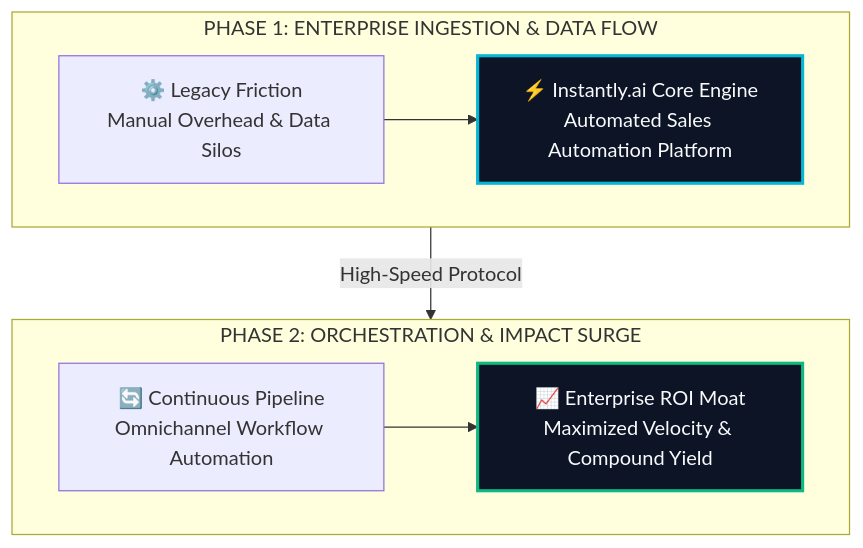
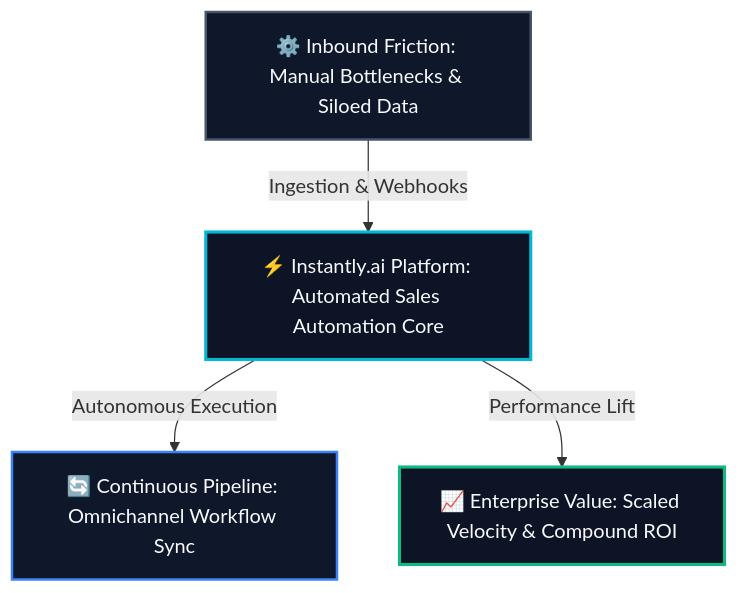
One commit to heliatech-media/saas-radar changed the diagram in site/src/content/blog/instantly-ai-evolution-guide-2026.md. Above: the diagram before and after it, drawn with Mermaid. The commit also changed 93 other files, not shown here.

First line of the commit message:
fix(diagrams): resolve dagre-d3 subgraph collision by migrating to balanced 3-tier Hub & Spoke architecture

````diff
--- a/site/src/content/blog/instantly-ai-evolution-guide-2026.md
+++ b/site/src/content/blog/instantly-ai-evolution-guide-2026.md
@@ -52,14 +52,14 @@
 ```mermaid
 flowchart TD
-    subgraph S1["PHASE 1: ENTERPRISE INGESTION & DATA FLOW"]
-        direction LR
-        A["⚙️ Legacy Friction<br/>Manual Overhead & Data Silos"] --> B["⚡ Instantly.ai Core Engine<br/>Automated Sales Automation Platform"]
-    end
-    subgraph S2["PHASE 2: ORCHESTRATION & IMPACT SURGE"]
-        direction LR
-        C["🔄 Continuous Pipeline<br/>Omnichannel Workflow Automation"] --> D["📈 Enterprise ROI Moat<br/>Maximized Velocity & Compound Yield"]
-    end
-    S1 -->|High-Speed Protocol| S2
-    style B fill:#0c1425,stroke:#06b6d4,stroke-width:2.5px,color:#f8fafc
-    style D fill:#0c1425,stroke:#10b981,stroke-width:2.5px,color:#f8fafc
+    Inp["⚙️ Inbound Friction: Manual Bottlenecks & Siloed Data"]
+    Eng["⚡ Instantly.ai Platform: Automated Sales Automation Core"]
+    Out1["🔄 Continuous Pipeline: Omnichannel Workflow Sync"]
+    Out2["📈 Enterprise Value: Scaled Velocity & Compound ROI"]
+    Inp -->|Ingestion & Webhooks| Eng
+    Eng -->|Autonomous Execution| Out1
+    Eng -->|Performance Lift| Out2
+    style Inp fill:#0f172a,stroke:#475569,stroke-width:2px,color:#f8fafc
+    style Eng fill:#0c1425,stroke:#06b6d4,stroke-width:2.5px,color:#f8fafc
+    style Out1 fill:#0f172a,stroke:#3b82f6,stroke-width:2px,color:#f8fafc
+    style Out2 fill:#0c1425,stroke:#10b981,stroke-width:2.5px,color:#f8fafc
 ```
````
